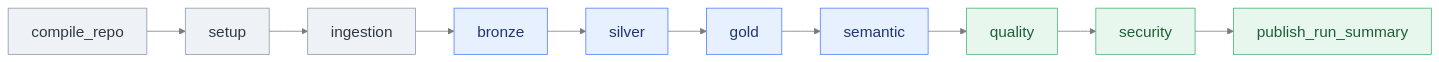
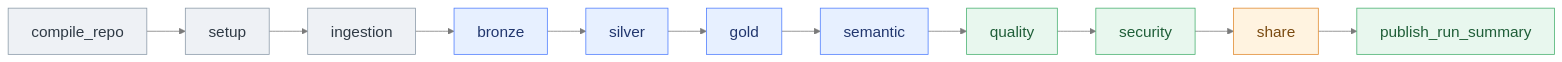
One commit to johanesalxd/airport-ops-lakehouse-demo changed the diagram in docs/slides/assets/dag-stages.mmd. Above: the diagram before and after it, drawn with Mermaid. The commit also changed 11 other files, not shown here.

```diff
--- a/docs/slides/assets/dag-stages.mmd
+++ b/docs/slides/assets/dag-stages.mmd
@@ -1,10 +1,12 @@
 %%{init: {"theme":"base","themeVariables":{"fontSize":"20px","fontFamily":"Helvetica,Arial,sans-serif","lineColor":"#7a7a7a"}}}%%
 flowchart LR
-  C["compile_repo"] --> SU["setup"] --> IN["ingestion"] --> BR["bronze"] --> SI["silver"] --> GO["gold"] --> SE["semantic"] --> QA["quality"] --> SEC["security"] --> PUB["publish_run_summary"]
+  C["compile_repo"] --> SU["setup"] --> IN["ingestion"] --> BR["bronze"] --> SI["silver"] --> GO["gold"] --> SE["semantic"] --> QA["quality"] --> SEC["security"] --> SH["share"] --> PUB["publish_run_summary"]
 
   classDef setup fill:#eef1f5,stroke:#8a99a8,color:#2f3a45;
   classDef med fill:#e7f0ff,stroke:#4d7cfe,color:#21366e;
   classDef gate fill:#e8f7ee,stroke:#46b06e,color:#1f5e38;
+  classDef share fill:#fff3e0,stroke:#e08a2e,color:#7a4a10;
   class C,SU,IN setup;
   class BR,SI,GO,SE med;
   class QA,SEC,PUB gate;
+  class SH share;
```
